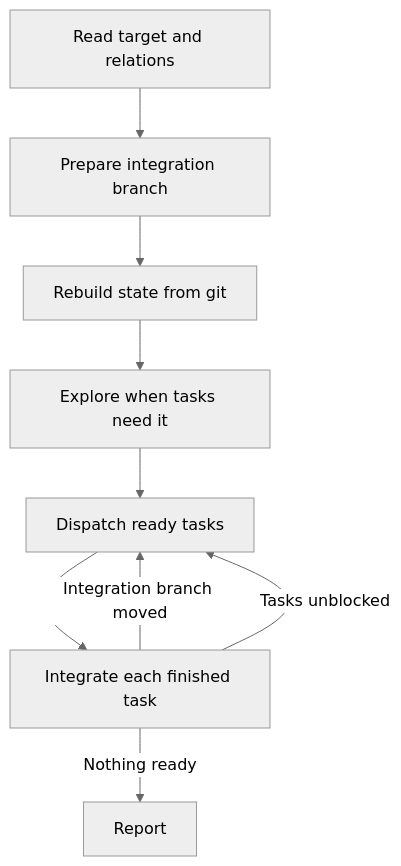
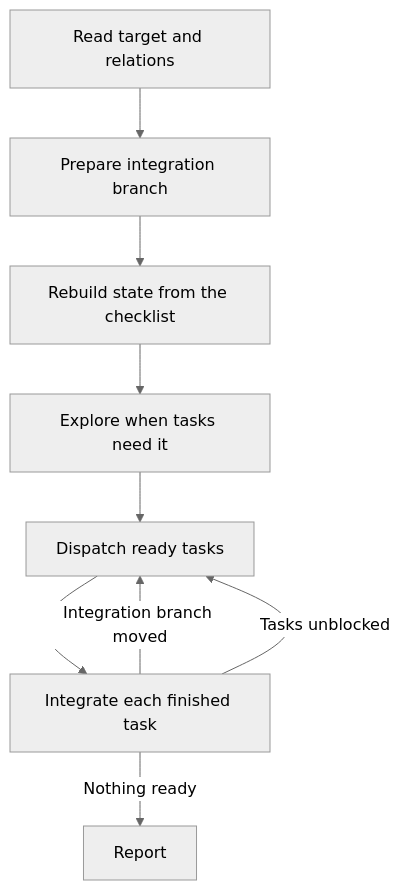
One commit to adeonir/agent-skills changed the diagram in skills/engineering/implement/README.md. Above: the diagram before and after it, drawn with Mermaid (neutral theme). The commit also changed other lines of this file and 1 other file, not shown here.

````diff
--- a/skills/engineering/implement/README.md
+++ b/skills/engineering/implement/README.md
@@ -7,11 +7,11 @@
 ```mermaid
 flowchart TD
     A[Read target and relations] --> B[Prepare integration branch]
-    B --> C[Rebuild state from git]
+    B --> C[Rebuild state from the checklist]
     C --> D[Explore when tasks need it]
     D --> E[Dispatch ready tasks]
     E --> F[Integrate each finished task]
     F -->|Integration branch moved| E
     F -->|Tasks unblocked| E
     F -->|Nothing ready| G[Report]
 ```
````
